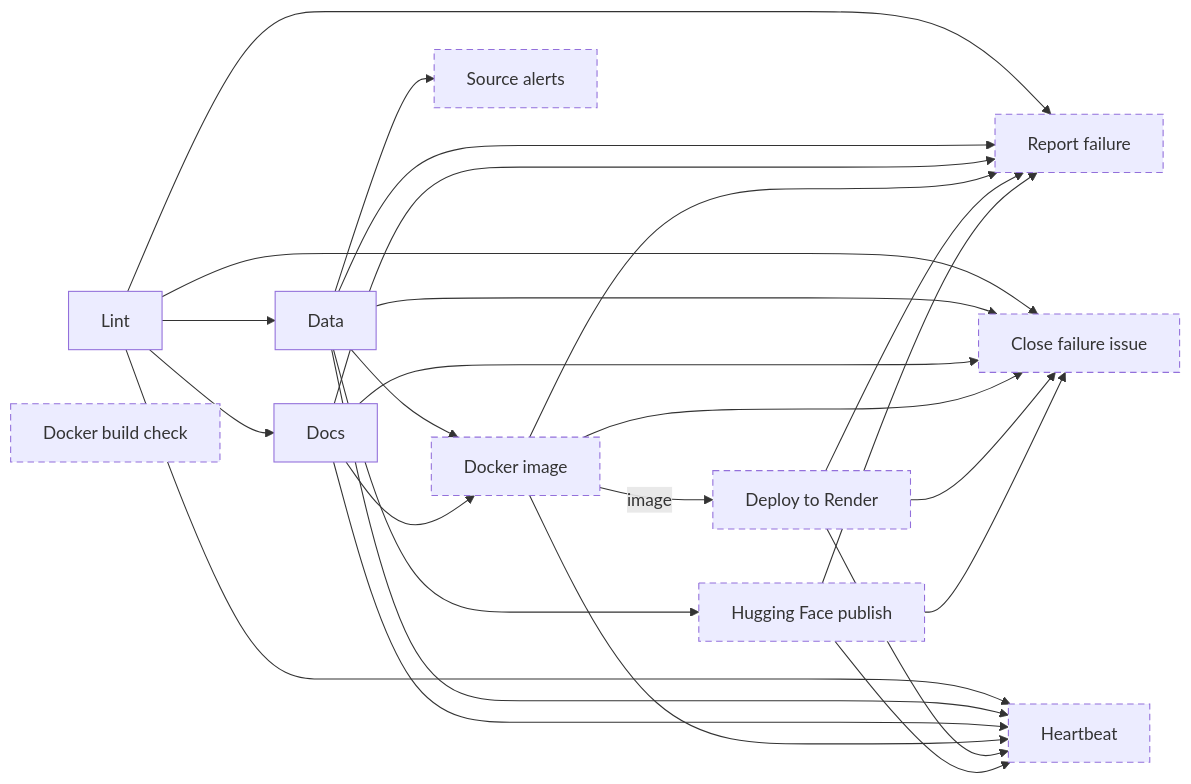
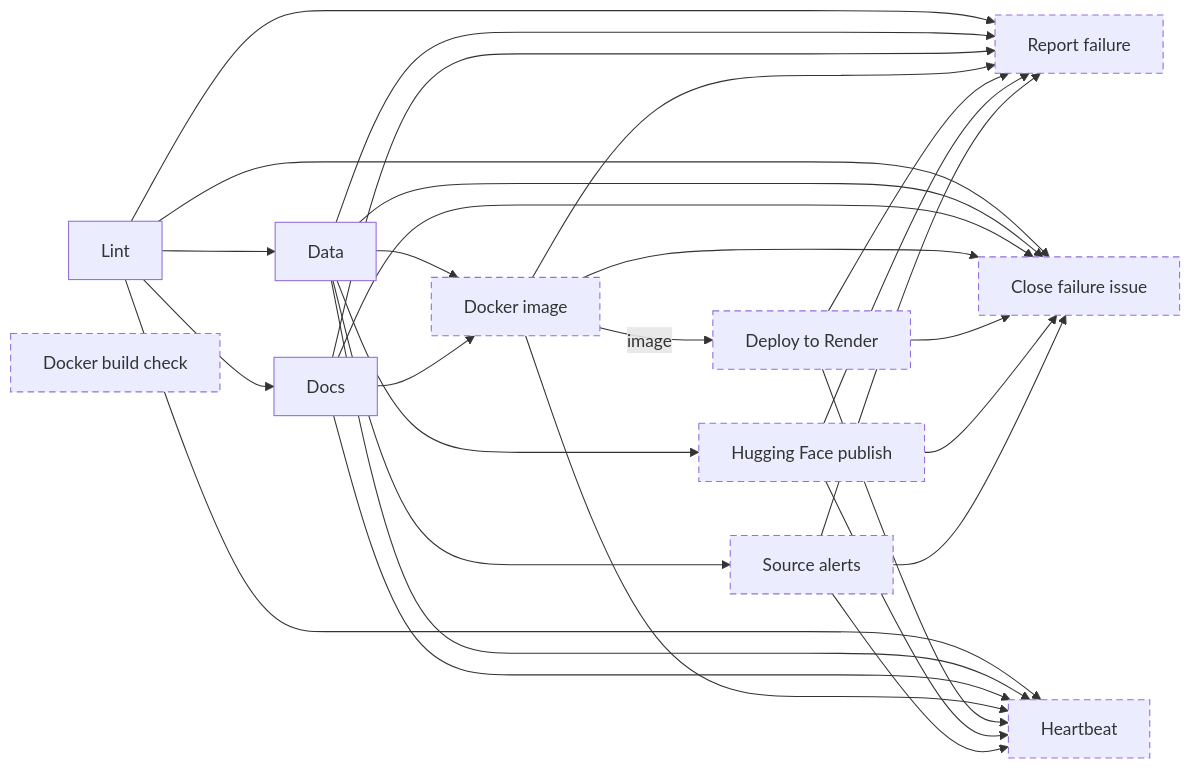
One commit to tryph0n/hybrid-tracker changed the second of 3 diagrams in docs/architecture.md. Above: the diagram before and after it, drawn with Mermaid. The commit also changed other lines of this file and 3 other files, not shown here.

First line of the commit message:
fix(ci): wait for the source alerts job, run it on main only, name a missing alerts file

````diff
--- a/docs/architecture.md
+++ b/docs/architecture.md
@@ -58,40 +58,43 @@
 ```mermaid
 flowchart LR
   classDef conditional stroke-dasharray: 6 4
   job_lint["Lint"]
   job_data["Data"]
   job_docs["Docs"]
   job_image_check["Docker build check"]:::conditional
   job_image["Docker image"]:::conditional
   job_deploy["Deploy to Render"]:::conditional
   job_publish["Hugging Face publish"]:::conditional
   job_report_failure["Report failure"]:::conditional
   job_source_alerts["Source alerts"]:::conditional
   job_close_failure["Close failure issue"]:::conditional
   job_heartbeat["Heartbeat"]:::conditional
   job_lint --> job_data
   job_lint --> job_docs
   job_data --> job_image
   job_docs --> job_image
   job_image -->|image| job_deploy
   job_data --> job_publish
   job_lint --> job_report_failure
   job_data --> job_report_failure
   job_docs --> job_report_failure
   job_image --> job_report_failure
   job_deploy --> job_report_failure
   job_publish --> job_report_failure
+  job_source_alerts --> job_report_failure
   job_data --> job_source_alerts
   job_lint --> job_close_failure
   job_data --> job_close_failure
   job_docs --> job_close_failure
   job_image --> job_close_failure
   job_deploy --> job_close_failure
   job_publish --> job_close_failure
+  job_source_alerts --> job_close_failure
   job_lint --> job_heartbeat
   job_data --> job_heartbeat
   job_docs --> job_heartbeat
   job_image --> job_heartbeat
   job_deploy --> job_heartbeat
   job_publish --> job_heartbeat
+  job_source_alerts --> job_heartbeat
 ```
````
